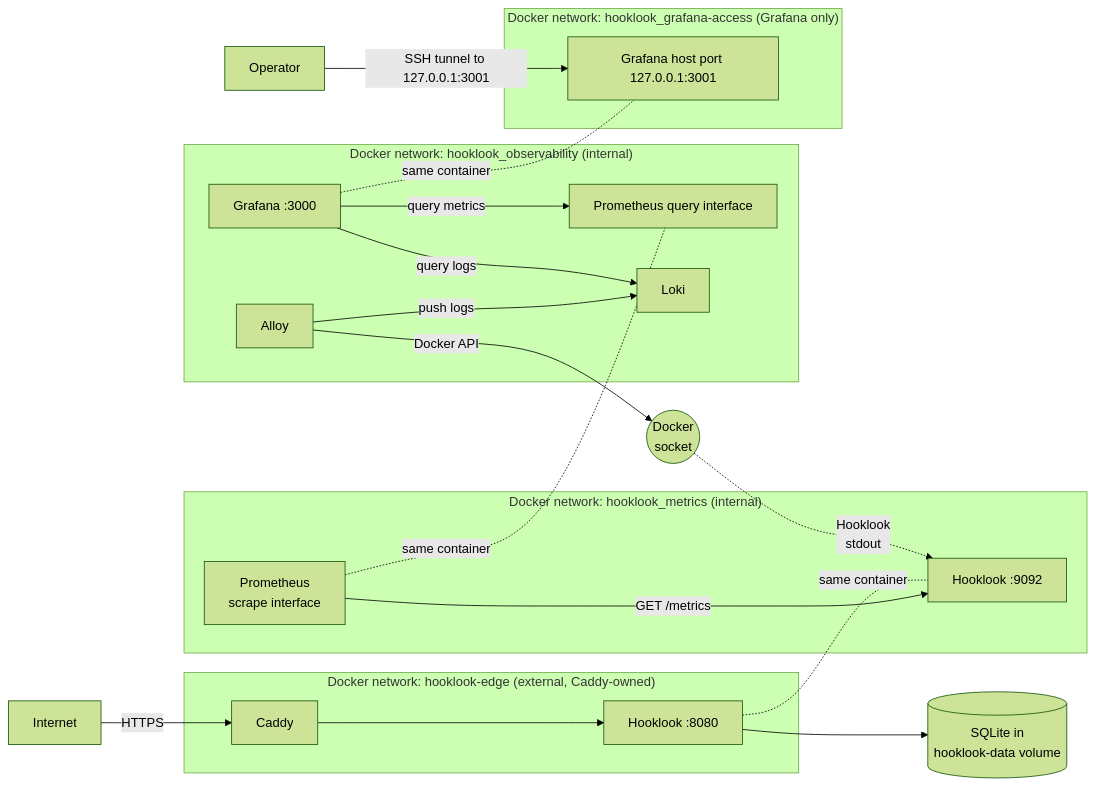
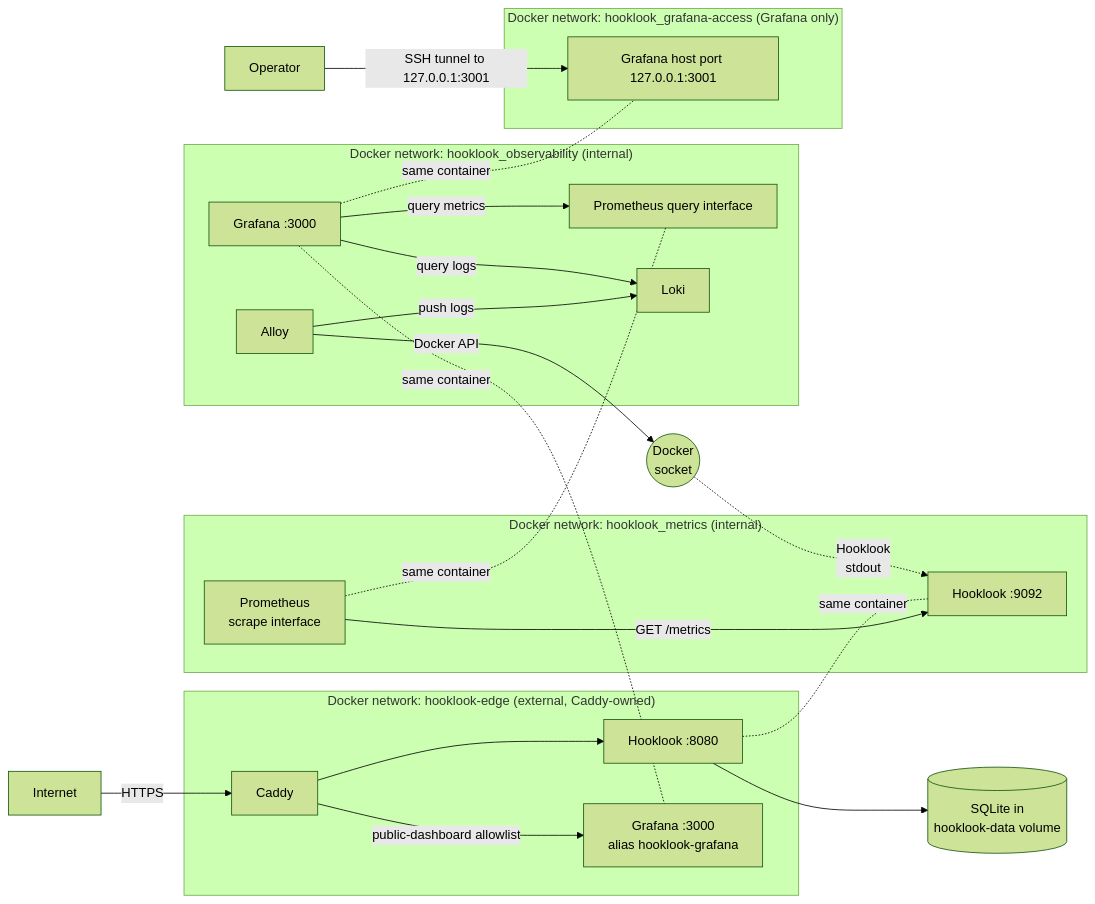
Before and after one commit to dvinubius/hooklook: the third of 3 diagrams in docs/architecture.md, drawn with Mermaid (forest theme). The commit also changed other lines of this file and 15 other files, not shown here.

First line of the commit message:
Add a metrics-only public dashboard shared through Caddy

````diff
--- a/docs/architecture.md
+++ b/docs/architecture.md
@@ -107,38 +107,41 @@
 ```mermaid
 flowchart LR
     internet[Internet] -->|HTTPS| caddy
     operator[Operator] -->|SSH tunnel to 127.0.0.1:3001| grafana_access
 
     subgraph edge["Docker network: hooklook-edge (external, Caddy-owned)"]
         caddy[Caddy]
         app_http["Hooklook :8080"]
+        grafana_public["Grafana :3000<br/>alias hooklook-grafana"]
         caddy --> app_http
+        caddy -->|public-dashboard allowlist| grafana_public
     end
 
     subgraph metrics["Docker network: hooklook_metrics (internal)"]
         app_metrics["Hooklook :9092"]
         prom_scrape["Prometheus<br/>scrape interface"]
         prom_scrape -->|GET /metrics| app_metrics
     end
 
     subgraph private["Docker network: hooklook_observability (internal)"]
         prom_query["Prometheus query interface"]
         alloy[Alloy]
         loki[Loki]
         grafana["Grafana :3000"]
         alloy -->|push logs| loki
         grafana -->|query metrics| prom_query
         grafana -->|query logs| loki
     end
 
     subgraph access["Docker network: hooklook_grafana-access (Grafana only)"]
         grafana_access["Grafana host port 127.0.0.1:3001"]
     end
 
     app_http -.-|same container| app_metrics
     prom_scrape -.-|same container| prom_query
     grafana -.-|same container| grafana_access
+    grafana -.-|same container| grafana_public
     app_http --> db[(SQLite in<br/>hooklook-data volume)]
     alloy -->|Docker API| socket((Docker<br/>socket))
     socket -.->|Hooklook<br/>stdout| app_metrics
 ```
````
